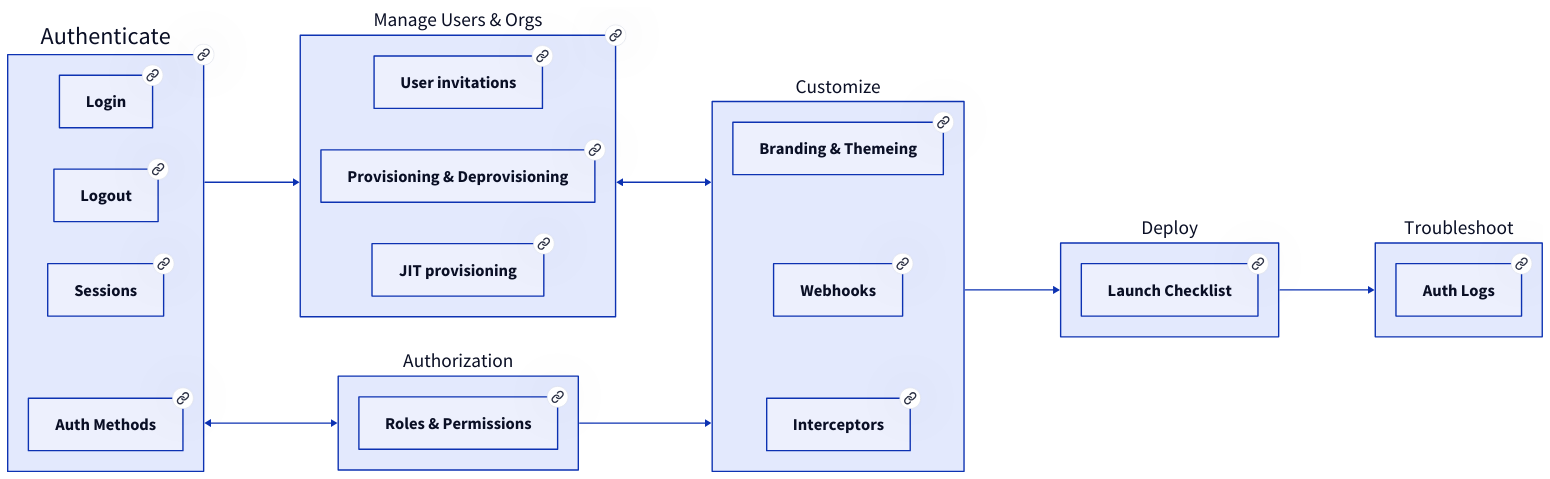
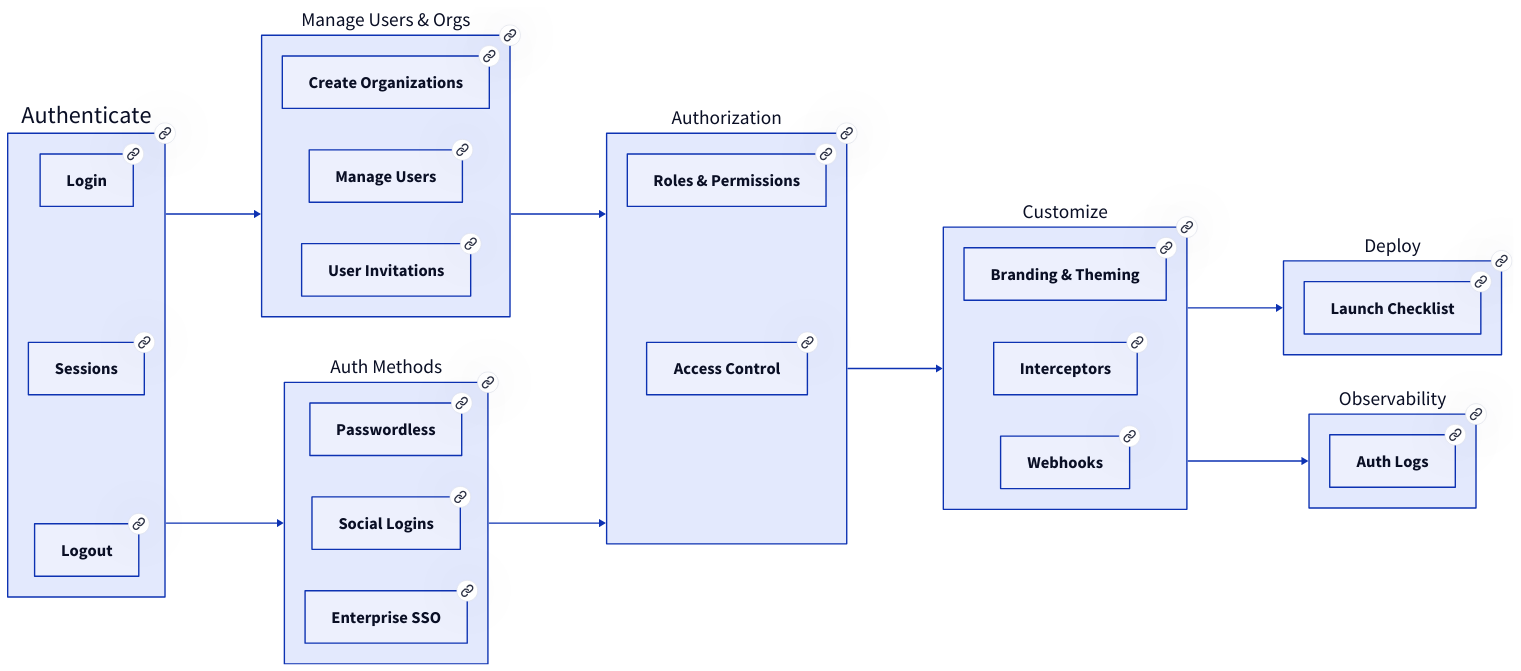
Before and after one commit to scalekit-inc/developer-docs: the diagram in src/content/docs/index.mdx, drawn with D2. The commit also changed 1 other file, not shown here.

Commit message:
feat: update SVG assets and enhance documentation structure
- Replaced the existing SVG asset with a new version that includes updated dimensions and styles for improved visual consistency.
- Enhanced the index.mdx file by restructuring the authentication and user management sections, adding new links for better navigation.
- Updated links for authentication methods, user management, and customization to ensure they point to the correct guides, improving user experience.
- Introduced new sections for observability and deployment, providing clearer pathways for users to access relevant resources.

This update aims to streamline navigation and enhance the overall documentation coherence for users.

````diff
--- a/src/content/docs/index.mdx
+++ b/src/content/docs/index.mdx
@@ -29,87 +29,136 @@
 ```d2 inline=true
 direction: right;
 
-a: "Manage Users & Orgs" {
-  link: "/fsa/guides/manage-users"
+# Core authentication flow
+Authenticate {
+  link: "/fsa/quickstart"
+  style.font-size: 35
 }
 
+# User authentication components
 Authenticate.Login {
-  link: "/#for-agent-developers"
+  link: "/fsa/guides/implement-login"
+  style.font-size: 24
+}
+
+Authenticate.Sessions {
+  link: "/fsa/guides/manage-session"
   style.font-size: 24
 }
 
 Authenticate.Logout {
-  link: "/fsa/guides/logout/"
+  link: "/fsa/guides/logout"
   style.font-size: 24
 }
 
-Authenticate.Sessions:{
-  link: "/fsa/guides/manage-session/"
+# Auth methods
+AuthMethods: "Auth Methods" {
+  link: "/authenticate/auth-methods/passwordless"
+  style.font-size: 28
+}
+
+AuthMethods.Passwordless {
+  link: "/authenticate/auth-methods/passwordless"
   style.font-size: 24
 }
 
-Authenticate.Auth Methods: {
-  link: "/#for-app-developers"
+AuthMethods."Social Logins" {
+  link: "/social-logins/quickstart"
   style.font-size: 24
 }
 
-Authenticate {
-  link: "/fsa/quickstart/"
-  style.font-size: 35
+AuthMethods."Enterprise SSO" {
+  link: "/authenticate/auth-methods/enterprise-sso"
+  style.font-size: 24
 }
 
+# User & org management
+UserMgmt: "Manage Users & Orgs" {
+  link: "/fsa/guides/manage-users"
+  style.font-size: 28
+}
 
+UserMgmt."Create Organizations" {
+  link: "/fsa/guides/create-organization"
+  style.font-size: 24
+}
 
-Authenticate -> a
+UserMgmt."Manage Users" {
+  link: "/fsa/guides/manage-users"
+  style.font-size: 24
+}
 
-a."User invitations" {
+UserMgmt."User Invitations" {
   link: "/fsa/guides/user-invitations"
   style.font-size: 24
 }
-a."Provisioning & Deprovisioning" {
-  link: "/directory/scim/quickstart"
-  style.font-size: 24
+
+# Authorization
+Authorization {
+  link: "/authenticate/authz/overview"
+  style.font-size: 28
 }
-a."JIT provisioning" {
-  link: "/fsa/guides/just-in-time-provisioning"
-  style.font-size: 24
-}
-
-Authenticate <> Authorization
 
 Authorization."Roles & Permissions" {
   link: "/fsa/guides/app-roles"
   style.font-size: 24
 }
 
-Customize."Branding & Themeing" {
+Authorization."Access Control" {
+  link: "/authenticate/authz/implement-access-control"
+  style.font-size: 24
+}
+
+# Customization
+Customize {
+  link: "/guides/auth-flow-interceptors"
+  style.font-size: 28
+}
+
+Customize."Branding & Theming" {
   link: "/fsa/guides/login-page-branding"
   style.font-size: 24
 }
-Customize.Webhooks {
-  link: "/reference/webhooks/directory-events/"
-  style.font-size: 24
-}
+
 Customize.Interceptors {
   link: "/guides/auth-flow-interceptors"
   style.font-size: 24
 }
 
-a <> Customize
-Authorization -> Customize
+Customize.Webhooks {
+  link: "/authenticate/implement-workflows/implement-webhooks"
+  style.font-size: 24
+}
+
+# Deploy & observability
+Deploy {
+  link: "/authenticate/launch-checklist"
+  style.font-size: 28
+}
 
 Deploy."Launch Checklist" {
   link: "/authenticate/launch-checklist"
   style.font-size: 24
 }
 
-Customize -> Deploy
+Observability {
+  link: "/guides/dashboard/auth-logs"
+  style.font-size: 28
+}
 
-Troubleshoot."Auth Logs" {
+Observability."Auth Logs" {
   link: "/guides/dashboard/auth-logs"
   style.font-size: 24
 }
 
-Deploy -> Troubleshoot
+# Flow connections
+Authenticate -> AuthMethods
+Authenticate -> UserMgmt
+UserMgmt -> Authorization
+AuthMethods -> Authorization
+Authorization -> Customize
+Customize -> Deploy
+Customize -> Observability
+
 
 ```
````
